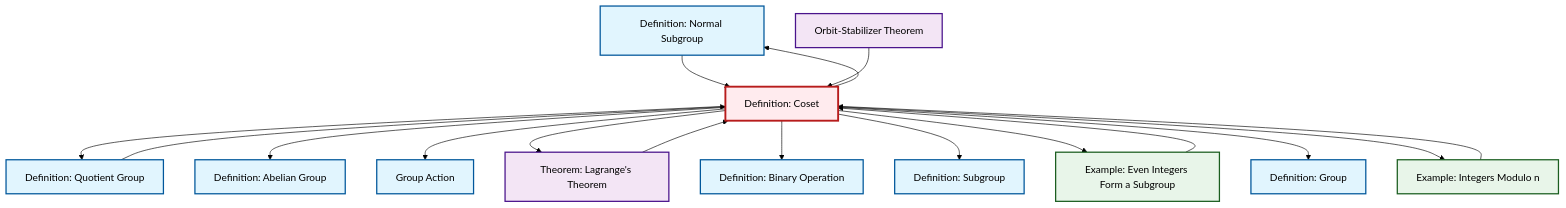
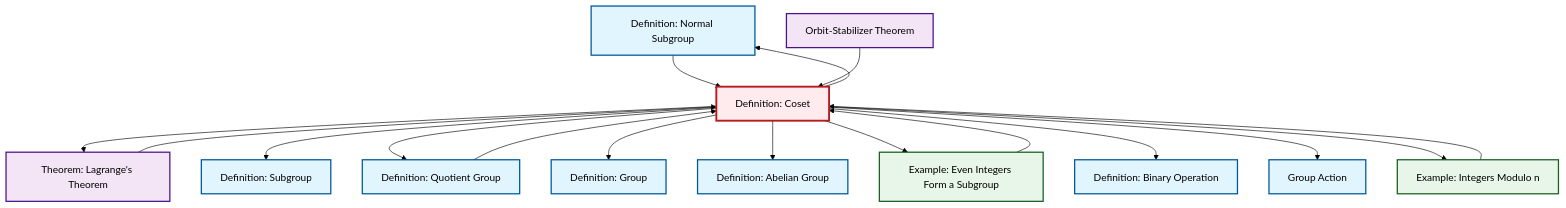
Before and after one commit to RK0429/ModernMath: the diagram in content/ja/algebra/def-coset.qmd, drawn with Mermaid (forest theme). The commit also changed other lines of this file and 497 other files, not shown here.

````diff
--- a/content/ja/algebra/def-coset.qmd
+++ b/content/ja/algebra/def-coset.qmd
@@ -158,49 +158,49 @@
 ```{mermaid}
 %%| fig-cap: "Local dependency graph"
 graph TD
     classDef definition fill:#e1f5fe,stroke:#01579b,stroke-width:2px
     classDef theorem fill:#f3e5f5,stroke:#4a148c,stroke-width:2px
     classDef axiom fill:#fff3e0,stroke:#e65100,stroke-width:2px
     classDef example fill:#e8f5e9,stroke:#1b5e20,stroke-width:2px
     classDef current fill:#ffebee,stroke:#b71c1c,stroke-width:3px
     def-normal-subgroup["Definition: Normal Subgroup"]:::definition
-    def-quotient-group["Definition: Quotient Group"]:::definition
-    ex-even-integers-subgroup["Example: Even Integers Form a Subgroup"]:::example
     thm-orbit-stabilizer["Orbit-Stabilizer Theorem"]:::theorem
-    def-abelian-group["Definition: Abelian Group"]:::definition
-    thm-lagrange["Theorem: Lagrange's Theorem"]:::theorem
     ex-quotient-integers-mod-n["Example: Integers Modulo n"]:::example
     def-coset["Definition: Coset"]:::definition
-    def-group-action["Group Action"]:::definition
-    def-group["Definition: Group"]:::definition
+    thm-lagrange["Theorem: Lagrange's Theorem"]:::theorem
+    def-quotient-group["Definition: Quotient Group"]:::definition
     def-binary-operation["Definition: Binary Operation"]:::definition
     def-subgroup["Definition: Subgroup"]:::definition
+    def-group["Definition: Group"]:::definition
+    def-group-action["Group Action"]:::definition
+    def-abelian-group["Definition: Abelian Group"]:::definition
+    ex-even-integers-subgroup["Example: Even Integers Form a Subgroup"]:::example
+    def-coset --> thm-lagrange
+    def-coset --> def-subgroup
+    def-coset --> def-quotient-group
     def-normal-subgroup --> def-coset
     def-quotient-group --> def-coset
+    def-coset --> def-group
+    thm-lagrange --> def-coset
+    def-coset --> def-abelian-group
+    def-coset --> ex-even-integers-subgroup
+    ex-even-integers-subgroup --> def-coset
+    def-coset --> def-binary-operation
+    def-coset --> def-group-action
+    thm-orbit-stabilizer --> def-coset
+    def-coset --> def-normal-subgroup
     ex-quotient-integers-mod-n --> def-coset
-    def-coset --> def-quotient-group
-    def-coset --> def-abelian-group
-    def-coset --> def-group-action
-    ex-even-integers-subgroup --> def-coset
-    def-coset --> thm-lagrange
-    def-coset --> def-binary-operation
-    thm-orbit-stabilizer --> def-coset
-    def-coset --> def-subgroup
-    thm-lagrange --> def-coset
-    def-coset --> def-normal-subgroup
-    def-coset --> ex-even-integers-subgroup
-    def-coset --> def-group
     def-coset --> ex-quotient-integers-mod-n
     class def-coset current
     click def-normal-subgroup "def-normal-subgroup.html" "Definition: Normal Subgroupへ"
+    click thm-orbit-stabilizer "thm-orbit-stabilizer.html" "Orbit-Stabilizer Theoremへ"
+    click ex-quotient-integers-mod-n "ex-quotient-integers-mod-n.html" "Example: Integers Modulo nへ"
+    click thm-lagrange "thm-lagrange.html" "Theorem: Lagrange's Theoremへ"
     click def-quotient-group "def-quotient-group.html" "Definition: Quotient Groupへ"
-    click ex-even-integers-subgroup "ex-even-integers-subgroup.html" "Example: Even Integers Form a Subgroupへ"
-    click thm-orbit-stabilizer "thm-orbit-stabilizer.html" "Orbit-Stabilizer Theoremへ"
-    click def-abelian-group "def-abelian-group.html" "Definition: Abelian Groupへ"
-    click thm-lagrange "thm-lagrange.html" "Theorem: Lagrange's Theoremへ"
-    click ex-quotient-integers-mod-n "ex-quotient-integers-mod-n.html" "Example: Integers Modulo nへ"
-    click def-group-action "def-group-action.html" "Group Actionへ"
-    click def-group "def-group.html" "Definition: Groupへ"
     click def-binary-operation "def-binary-operation.html" "Definition: Binary Operationへ"
     click def-subgroup "def-subgroup.html" "Definition: Subgroupへ"
+    click def-group "def-group.html" "Definition: Groupへ"
+    click def-group-action "def-group-action.html" "Group Actionへ"
+    click def-abelian-group "def-abelian-group.html" "Definition: Abelian Groupへ"
+    click ex-even-integers-subgroup "ex-even-integers-subgroup.html" "Example: Even Integers Form a Subgroupへ"
 ```
````
